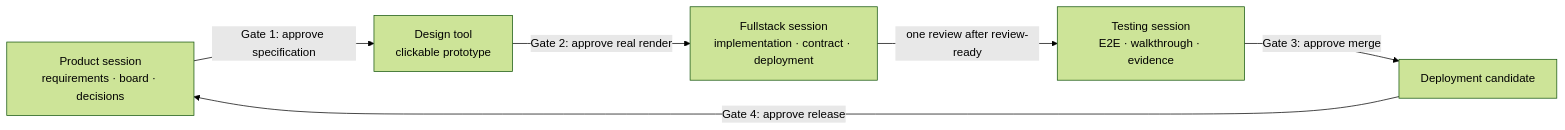
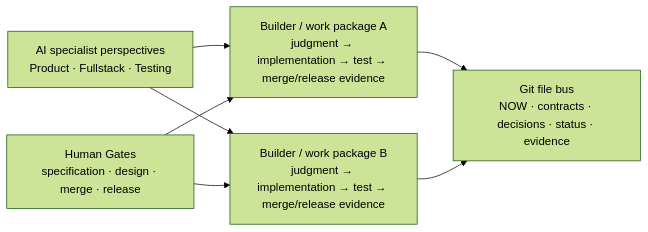
One commit to HaiYangBG1/BuildBeat changed the diagram in README.en.md. Above: the diagram before and after it, drawn with Mermaid (forest theme). The commit also changed other lines of this file and 146 other files, not shown here.

````diff
--- a/README.en.md
+++ b/README.en.md
@@ -142,8 +162,9 @@
 ```mermaid
 flowchart LR
-    PM["Product session<br/>requirements · board · decisions"] -->|"Gate 1: approve specification"| Design["Design tool<br/>clickable prototype"]
-    Design -->|"Gate 2: approve real render"| Deliver["Fullstack session<br/>implementation · contract · deployment"]
-    Deliver -->|"one review after review-ready"| Verify["Testing session<br/>E2E · walkthrough · evidence"]
-    Verify -->|"Gate 3: approve merge"| Deploy["Deployment candidate"]
-    Deploy -->|"Gate 4: approve release"| PM
+    Views["AI specialist perspectives<br/>Product · Fullstack · Testing"] --> WPA["Builder / work package A<br/>judgment → implementation → test → merge/release evidence"]
+    Views --> WPB["Builder / work package B<br/>judgment → implementation → test → merge/release evidence"]
+    Human["Human Gates<br/>specification · design · merge · release"] --> WPA
+    Human --> WPB
+    WPA --> Bus["Git file bus<br/>NOW · contracts · decisions · status · evidence"]
+    WPB --> Bus
 ```
````
